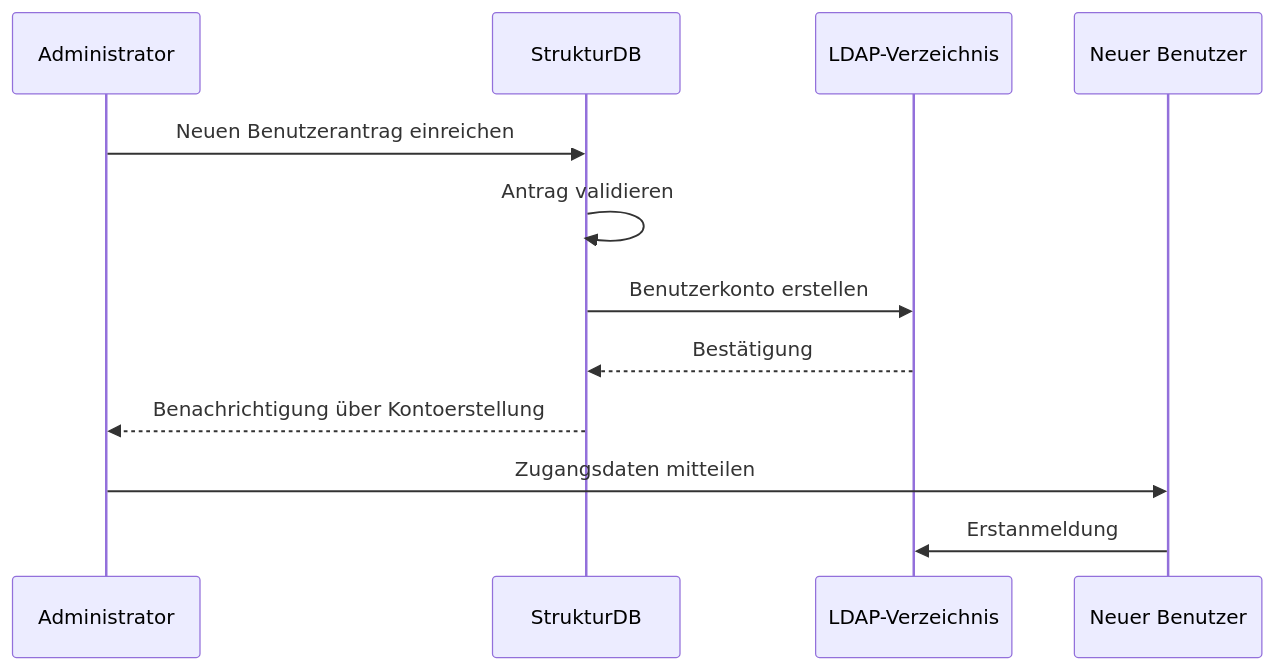
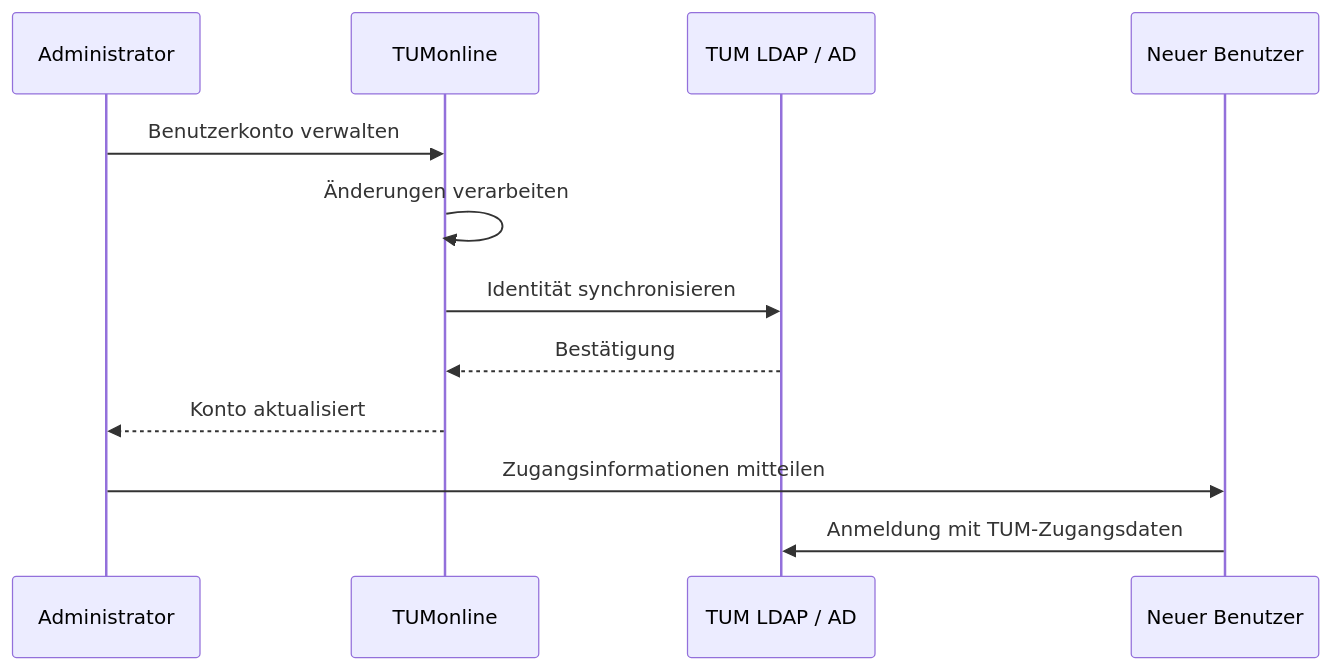
Before and after one commit to jtimo/tum-ito-admin-guide: the second of 6 diagrams in de/chapters/03-benutzerverwaltung.qmd, drawn with Mermaid. The commit also changed other lines of this file and 21 other files, not shown here.

````diff
--- a/de/chapters/03-benutzerverwaltung.qmd
+++ b/de/chapters/03-benutzerverwaltung.qmd
@@ -50,16 +47,16 @@
 ```{mermaid}
-%%| fig-cap: "Prozess für neue Benutzeranträge"
+%%| fig-cap: "Benutzerkonten-Lebenszyklus"
 sequenceDiagram
     participant Admin as Administrator
-    participant SDB as StrukturDB
-    participant LDAP as LDAP-Verzeichnis
+    participant TUMo as TUMonline
+    participant LDAP as TUM LDAP / AD
     participant User as Neuer Benutzer
 
-    Admin->>SDB: Neuen Benutzerantrag einreichen
-    SDB->>SDB: Antrag validieren
-    SDB->>LDAP: Benutzerkonto erstellen
-    LDAP-->>SDB: Bestätigung
-    SDB-->>Admin: Benachrichtigung über Kontoerstellung
-    Admin->>User: Zugangsdaten mitteilen
-    User->>LDAP: Erstanmeldung
+    Admin->>TUMo: Benutzerkonto verwalten
+    TUMo->>TUMo: Änderungen verarbeiten
+    TUMo->>LDAP: Identität synchronisieren
+    LDAP-->>TUMo: Bestätigung
+    TUMo-->>Admin: Konto aktualisiert
+    Admin->>User: Zugangsinformationen mitteilen
+    User->>LDAP: Anmeldung mit TUM-Zugangsdaten
 ```
````
